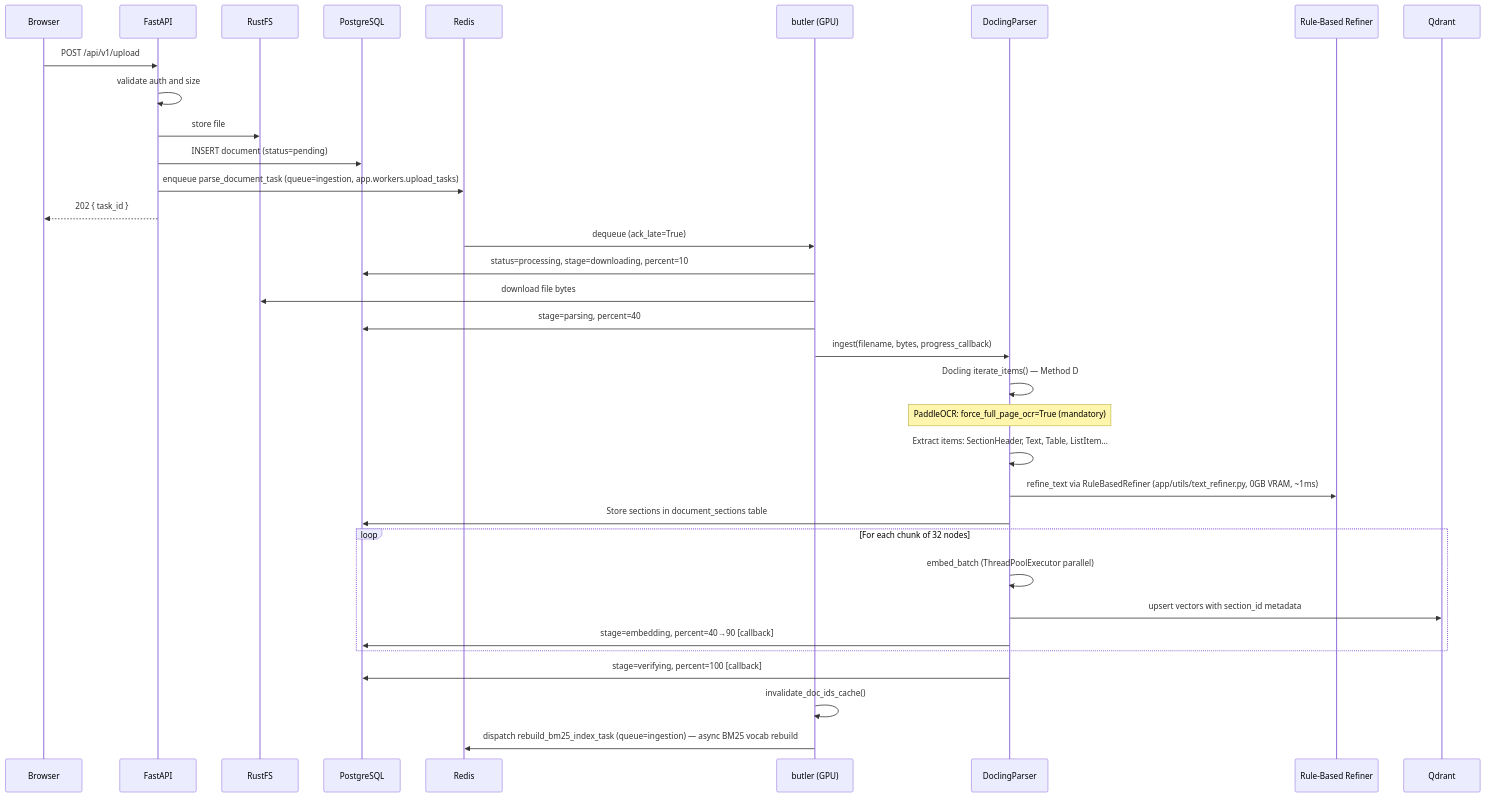
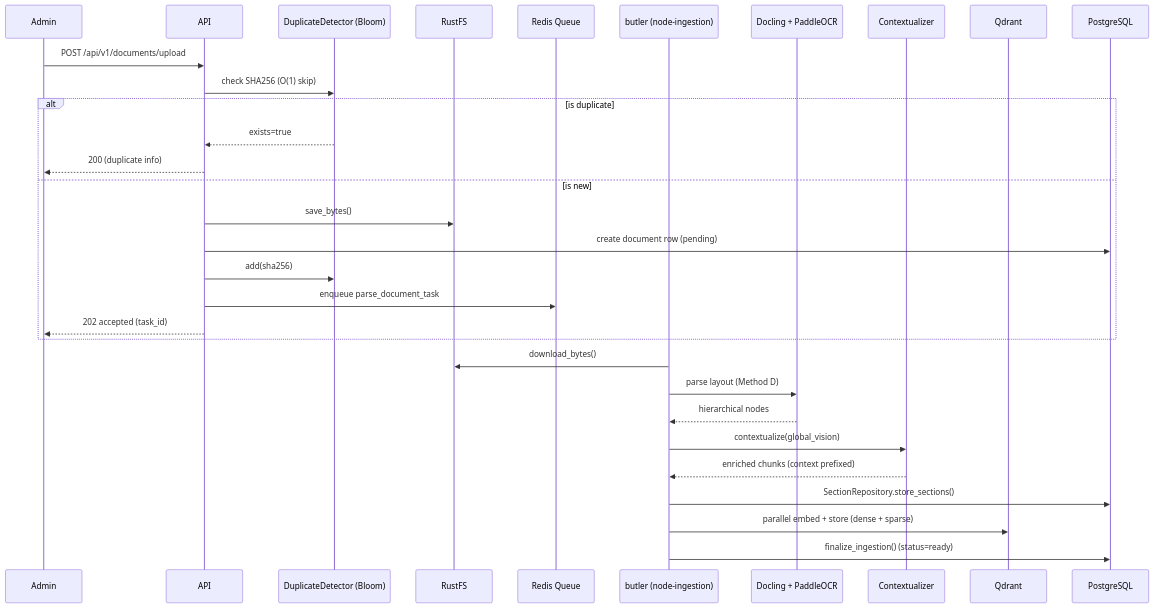
The first of 4 diagrams in docs/02_WORKFLOWS.md (qtuanph/chatbot-rag), drawn with Mermaid before and after one commit. The commit also changed other lines of this file and 43 other files, not shown here.

Commit message:
feat: implement core RAG architecture including API middleware, analytics, retrieval services, worker tasks, and system documentation

````diff
--- a/docs/02_WORKFLOWS.md
+++ b/docs/02_WORKFLOWS.md
@@ -7,42 +9,35 @@
 ```mermaid
 sequenceDiagram
-    participant Browser
-    participant API as FastAPI
-    participant RustFS
+    participant Admin
+    participant API
+    participant Bloom as DuplicateDetector (Bloom)
+    participant Storage as RustFS
+    participant Queue as Redis Queue
+    participant Worker as butler (node-ingestion)
+    participant Parser as Docling + PaddleOCR
+    participant Context as Contextualizer
+    participant Qdrant
     participant DB as PostgreSQL
-    participant Redis
-    participant Worker as butler (GPU)
-    participant Pipeline as DoclingParser
-    participant Refiner as Rule-Based Refiner
-    participant Qdrant
 
-    Browser->>API: POST /api/v1/upload
-    API->>API: validate auth and size
-    API->>RustFS: store file
-    API->>DB: INSERT document (status=pending)
-    API->>Redis: enqueue parse_document_task (queue=ingestion, app.workers.upload_tasks)
-    API-->>Browser: 202 { task_id }
-
-    Redis->>Worker: dequeue (ack_late=True)
-    Worker->>DB: status=processing, stage=downloading, percent=10
-    Worker->>RustFS: download file bytes
-
-    Worker->>DB: stage=parsing, percent=40
-    Worker->>Pipeline: ingest(filename, bytes, progress_callback)
-
-    Pipeline->>Pipeline: Docling iterate_items() — Method D
-    Note over Pipeline: PaddleOCR: force_full_page_ocr=True (mandatory)
-    Pipeline->>Pipeline: Extract items: SectionHeader, Text, Table, ListItem...
-    Pipeline->>Refiner: refine_text via RuleBasedRefiner (app/utils/text_refiner.py, 0GB VRAM, ~1ms)
-    Pipeline->>DB: Store sections in document_sections table
-
-    loop For each chunk of 32 nodes
-        Pipeline->>Pipeline: embed_batch (ThreadPoolExecutor parallel)
-        Pipeline->>Qdrant: upsert vectors with section_id metadata
-        Pipeline->>DB: stage=embedding, percent=40→90 [callback]
+    Admin->>API: POST /api/v1/documents/upload
+    API->>Bloom: check SHA256 (O(1) skip)
+    alt is duplicate
+        Bloom-->>API: exists=true
+        API-->>Admin: 200 (duplicate info)
+    else is new
+        API->>Storage: save_bytes()
+        API->>DB: create document row (pending)
+        API->>Bloom: add(sha256)
+        API->>Queue: enqueue parse_document_task
+        API-->>Admin: 202 accepted (task_id)
     end
 
-    Pipeline->>DB: stage=verifying, percent=100 [callback]
-    Worker->>Worker: invalidate_doc_ids_cache()
-    Worker->>Redis: dispatch rebuild_bm25_index_task (queue=ingestion) — async BM25 vocab rebuild
+    Worker->>Storage: download_bytes()
+    Worker->>Parser: parse layout (Method D)
+    Parser-->>Worker: hierarchical nodes
+    Worker->>Context: contextualize(global_vision)
+    Context-->>Worker: enriched chunks (context prefixed)
+    Worker->>DB: SectionRepository.store_sections()
+    Worker->>Qdrant: parallel embed + store (dense + sparse)
+    Worker->>DB: finalize_ingestion() (status=ready)
 ```
````
